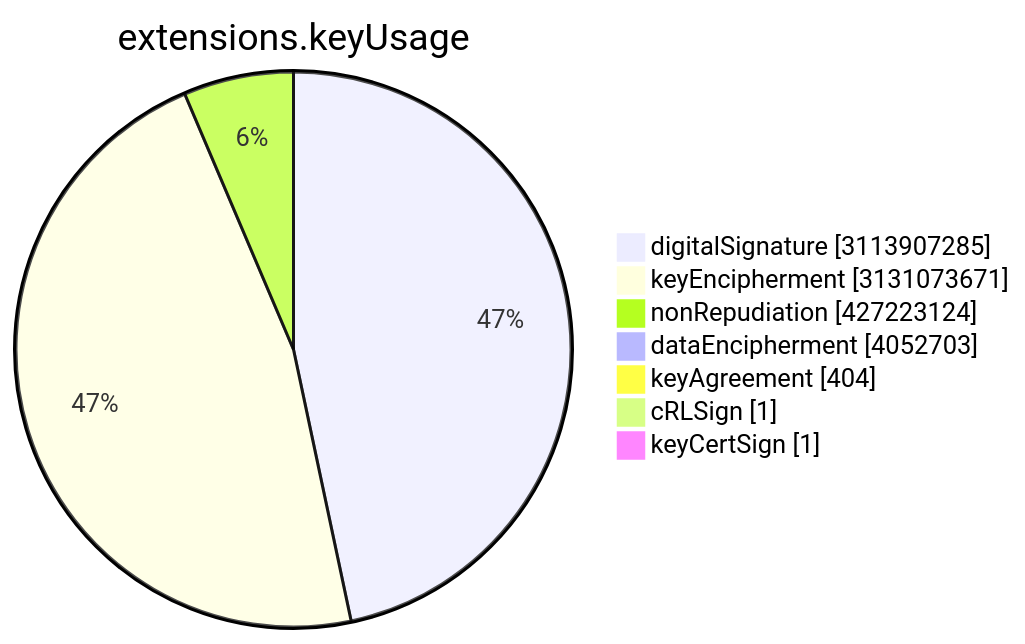
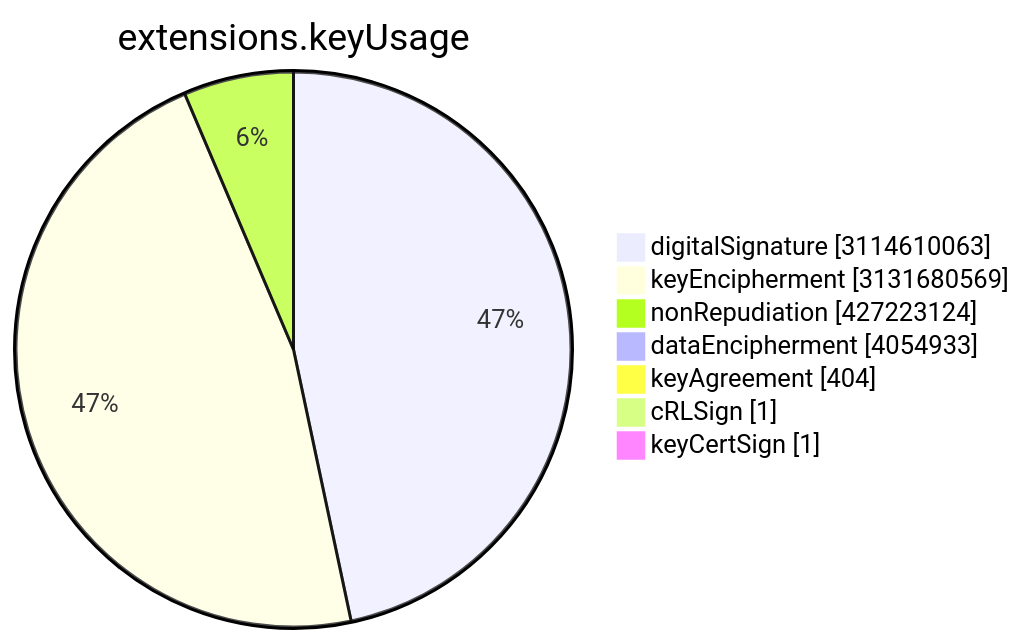
The sixth of 15 diagrams in TOTAL/README.md (christiankrug/ctmonitor_visualization), drawn with Mermaid before and after one commit. The commit also changed other lines of this file, not shown here.

````diff
--- a/TOTAL/README.md
+++ b/TOTAL/README.md
@@ -3077,11 +3077,11 @@
 ```mermaid
 pie showData
 title extensions.keyUsage
-"digitalSignature" :3113907285
-"keyEncipherment" :3131073671
+"digitalSignature" :3114610063
+"keyEncipherment" :3131680569
 "nonRepudiation" :427223124
-"dataEncipherment" :4052703
+"dataEncipherment" :4054933
 "keyAgreement" :404
 "cRLSign" :1
 "keyCertSign" :1
 ```
````
